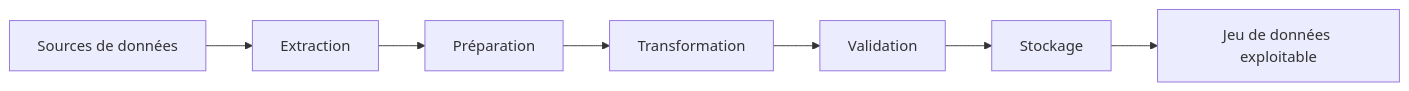
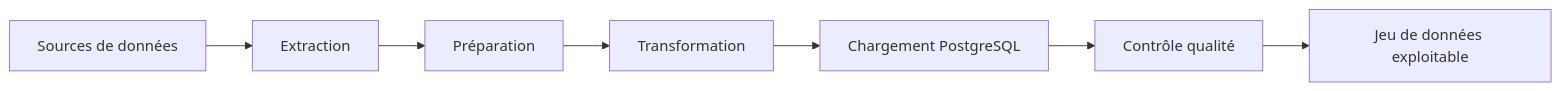
One commit to gonzalezcourrier34-glitch/checkit_ai changed the diagram in docs/02_architecture/01_architecture.md. Above: the diagram before and after it, drawn with Mermaid. The commit also changed other lines of this file and 51 other files, not shown here.

````diff
--- a/docs/02_architecture/01_architecture.md
+++ b/docs/02_architecture/01_architecture.md
@@ -19,17 +36,9 @@
 ```mermaid
 flowchart LR
-
-A[Sources de données]
-
-A --> B[Extraction]
-
-B --> C[Préparation]
-
-C --> D[Transformation]
-
-D --> E[Validation]
-
-E --> F[Stockage]
-
-F --> G[Jeu de données exploitable]
+    A[Sources de données] --> B[Extraction]
+    B --> C[Préparation]
+    C --> D[Transformation]
+    D --> E[Chargement PostgreSQL]
+    E --> F[Contrôle qualité]
+    F --> G[Jeu de données exploitable]
 ```
````
